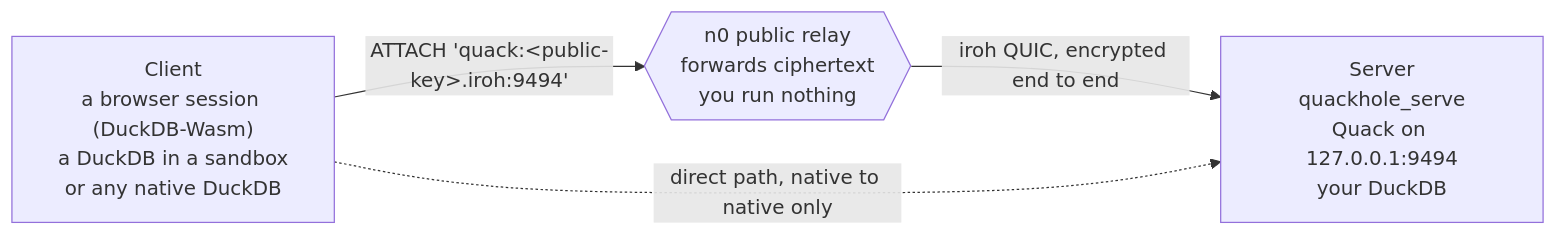
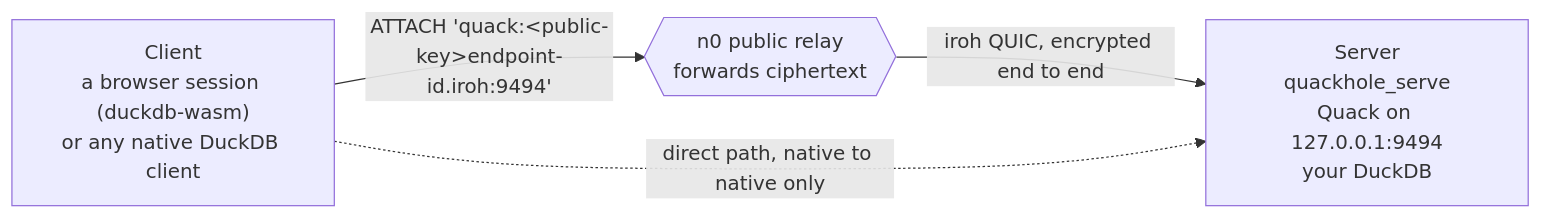
The diagram in README.md (smithclay/quackhole), drawn with Mermaid before and after one commit. The commit also changed other lines of this file, not shown here.

Commit message:
docs: say why the quickstart needs an unsigned load
The extension is not in community-extensions, so `LOAD quackhole` only works
against a binary you fetched yourself, in a DuckDB started with -unsigned. The
quickstart showed the LOAD without either condition.

Not a Pages-hosted repository: an extension repo is
`<base>/v1.5.5/<platform>/quackhole.duckdb_extension.gz`, and site/ deploys the
workbench, not that layout. The GitHub release is where the binaries are, and
`npx quackhole` is what already downloads one and passes
allow_unsigned_extensions.

````diff
--- a/README.md
+++ b/README.md
@@ -17,10 +17,10 @@
 ```mermaid
 flowchart LR
-    C["Client<br/>a browser session (DuckDB-Wasm)<br/>a DuckDB in a sandbox<br/>or any native DuckDB"]
-    R{{"n0 public relay<br/>forwards ciphertext<br/>you run nothing"}}
+    C["Client<br/>a browser session (duckdb-wasm)<br/>or any native DuckDB client"]
+    R{{"n0 public relay<br/>forwards ciphertext"}}
     S["Server<br/>quackhole_serve<br/>Quack on 127.0.0.1:9494<br/>your DuckDB"]
 
-    C -->|"ATTACH 'quack:&lt;public-key&gt;.iroh:9494'"| R
+    C -->|"ATTACH 'quack:&lt;public-key&gt;endpoint-id.iroh:9494'"| R
     R -->|"iroh QUIC, encrypted end to end"| S
     C -.->|"direct path, native to native only"| S
 ```
````
